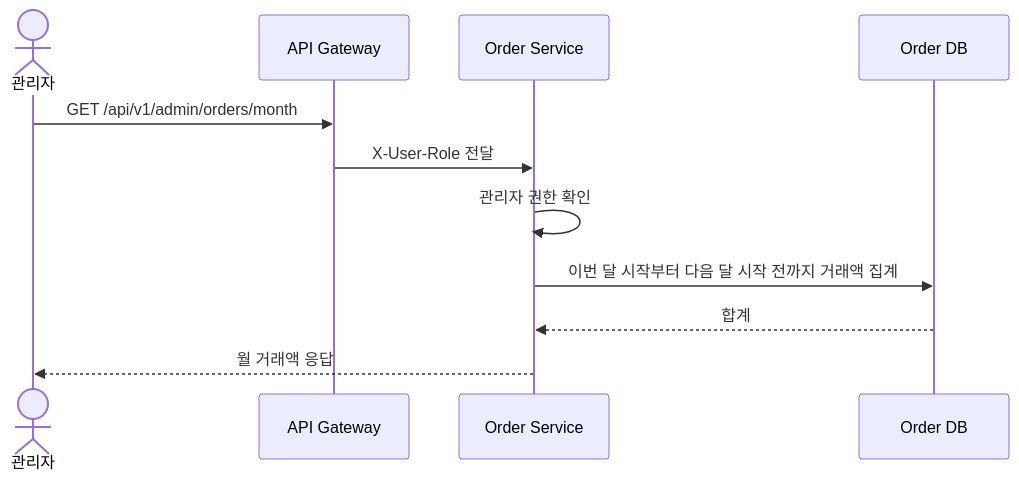
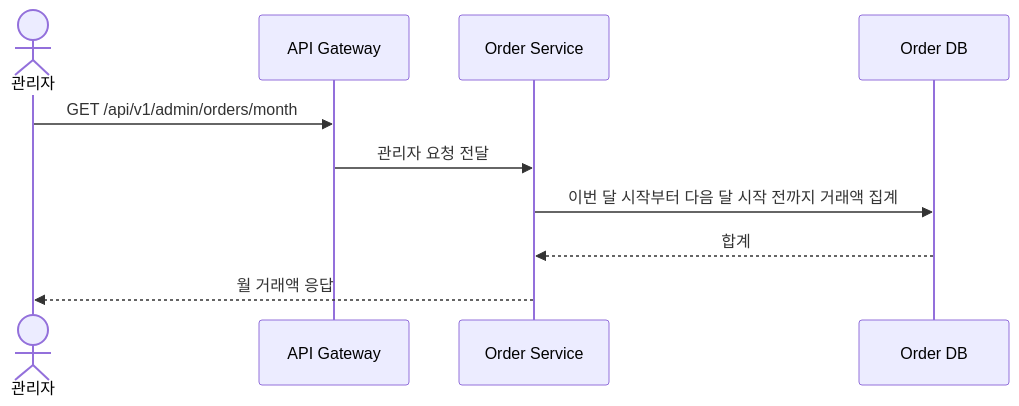
Before and after one commit to prgrms-be-adv-devcourse/beadv6_6_3JMT_BE: diagram 11 of 15 in docs/architecture/order-usecase-detail.md, drawn with Mermaid. The commit also changed other lines of this file and 18 other files, not shown here.

Commit message:
chore: remove order-service X-User-Role dependency

````diff
--- a/docs/architecture/order-usecase-detail.md
+++ b/docs/architecture/order-usecase-detail.md
@@ -358,14 +358,13 @@
 ```mermaid
 sequenceDiagram
     actor Admin as 관리자
     participant Gateway as API Gateway
     participant Order as Order Service
     participant DB as Order DB
 
     Admin->>Gateway: GET /api/v1/admin/orders/month
-    Gateway->>Order: X-User-Role 전달
-    Order->>Order: 관리자 권한 확인
+    Gateway->>Order: 관리자 요청 전달
     Order->>DB: 이번 달 시작부터 다음 달 시작 전까지 거래액 집계
     DB-->>Order: 합계
     Order-->>Admin: 월 거래액 응답
 ```
````
